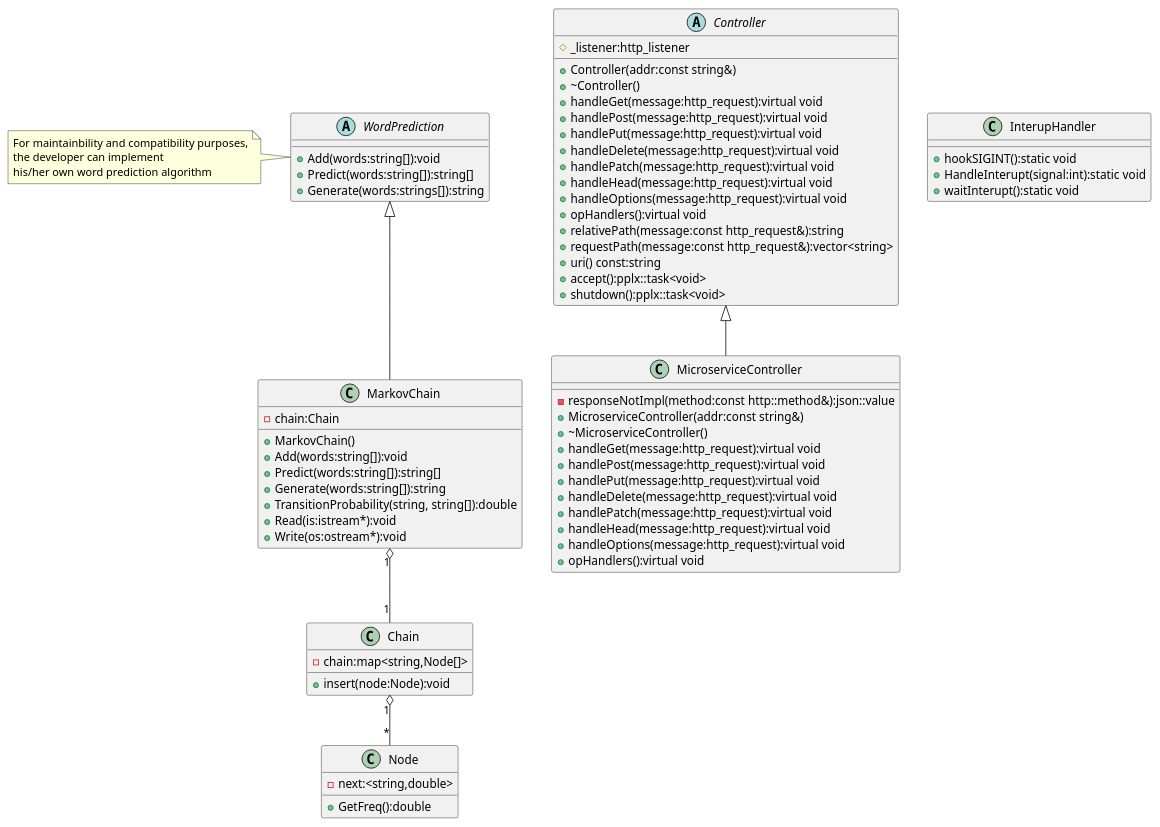
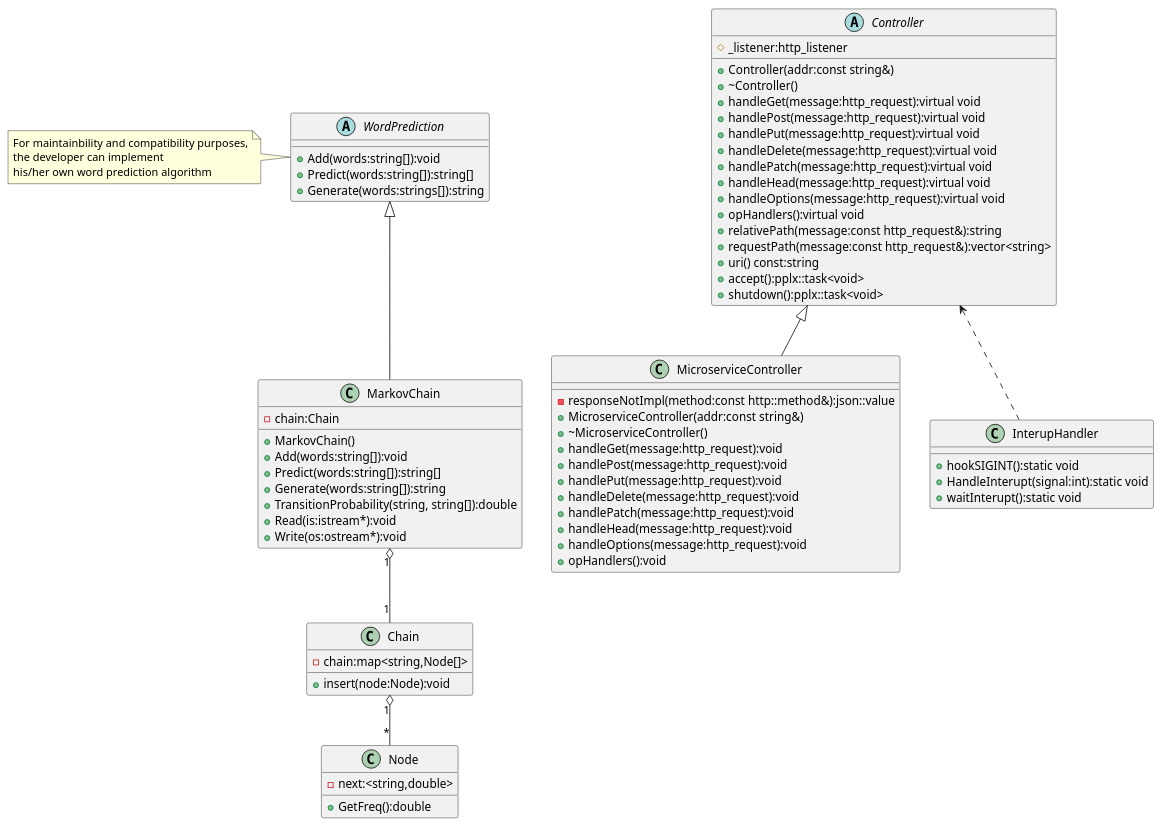
One commit to afairon/markov-cpp-playground changed the diagram in markovplay.puml. Above: the diagram before and after it, drawn with PlantUML. The commit also changed 2 other files, not shown here.

```diff
--- a/markovplay.puml
+++ b/markovplay.puml
@@ -1,81 +1,82 @@
 @startuml Markov Playground
 
 skinparam classFontSize 16
 skinparam ClassAttributeFontSize 14
 
 abstract Controller {
     #_listener:http_listener
     +Controller(addr:const string&)
     +~Controller()
     +handleGet(message:http_request):virtual void
     +handlePost(message:http_request):virtual void
     +handlePut(message:http_request):virtual void
     +handleDelete(message:http_request):virtual void
     +handlePatch(message:http_request):virtual void
     +handleHead(message:http_request):virtual void
     +handleOptions(message:http_request):virtual void
     +opHandlers():virtual void
     +relativePath(message:const http_request&):string
     +requestPath(message:const http_request&):vector<string>
     +uri() const:string
     +accept():pplx::task<void>
     +shutdown():pplx::task<void>
 }
 
 class MicroserviceController {
     -responseNotImpl(method:const http::method&):json::value
     +MicroserviceController(addr:const string&)
     +~MicroserviceController()
-    +handleGet(message:http_request):virtual void
-    +handlePost(message:http_request):virtual void
-    +handlePut(message:http_request):virtual void
-    +handleDelete(message:http_request):virtual void
-    +handlePatch(message:http_request):virtual void
-    +handleHead(message:http_request):virtual void
-    +handleOptions(message:http_request):virtual void
-    +opHandlers():virtual void
+    +handleGet(message:http_request):void
+    +handlePost(message:http_request):void
+    +handlePut(message:http_request):void
+    +handleDelete(message:http_request):void
+    +handlePatch(message:http_request):void
+    +handleHead(message:http_request):void
+    +handleOptions(message:http_request):void
+    +opHandlers():void
 }
 
 class InterupHandler {
     +hookSIGINT():static void
     +HandleInterupt(signal:int):static void
     +waitInterupt():static void
 }
 
 Controller <|-- MicroserviceController
+Controller <.. InterupHandler
 
 abstract class WordPrediction {
     {method}+Add(words:string[]):void
     {method}+Predict(words:string[]):string[]
     {method}+Generate(words:strings[]):string
 }
 
 Class MarkovChain {
     {field}-chain:Chain
     {method}+MarkovChain()
     {method}+Add(words:string[]):void
     {method}+Predict(words:string[]):string[]
     {method}+Generate(words:string[]):string
     {method}+TransitionProbability(string, string[]):double
     {method}+Read(is:istream*):void
     {method}+Write(os:ostream*):void
 }
 
 class Chain {
     {field}-chain:map<string,Node[]>
     {method}+insert(node:Node):void
 }
 
 class Node {
     {field}-next:<string,double>
     {method}+GetFreq():double
 }
 
 ' Word prediction
 WordPrediction <|-- MarkovChain
 MarkovChain "1" o-- "1" Chain
 Chain "1" o-- "*" Node
 
 note left of WordPrediction : For maintainbility and compatibility purposes,\nthe developer can implement\nhis/her own word prediction algorithm
 
 @enduml
```
